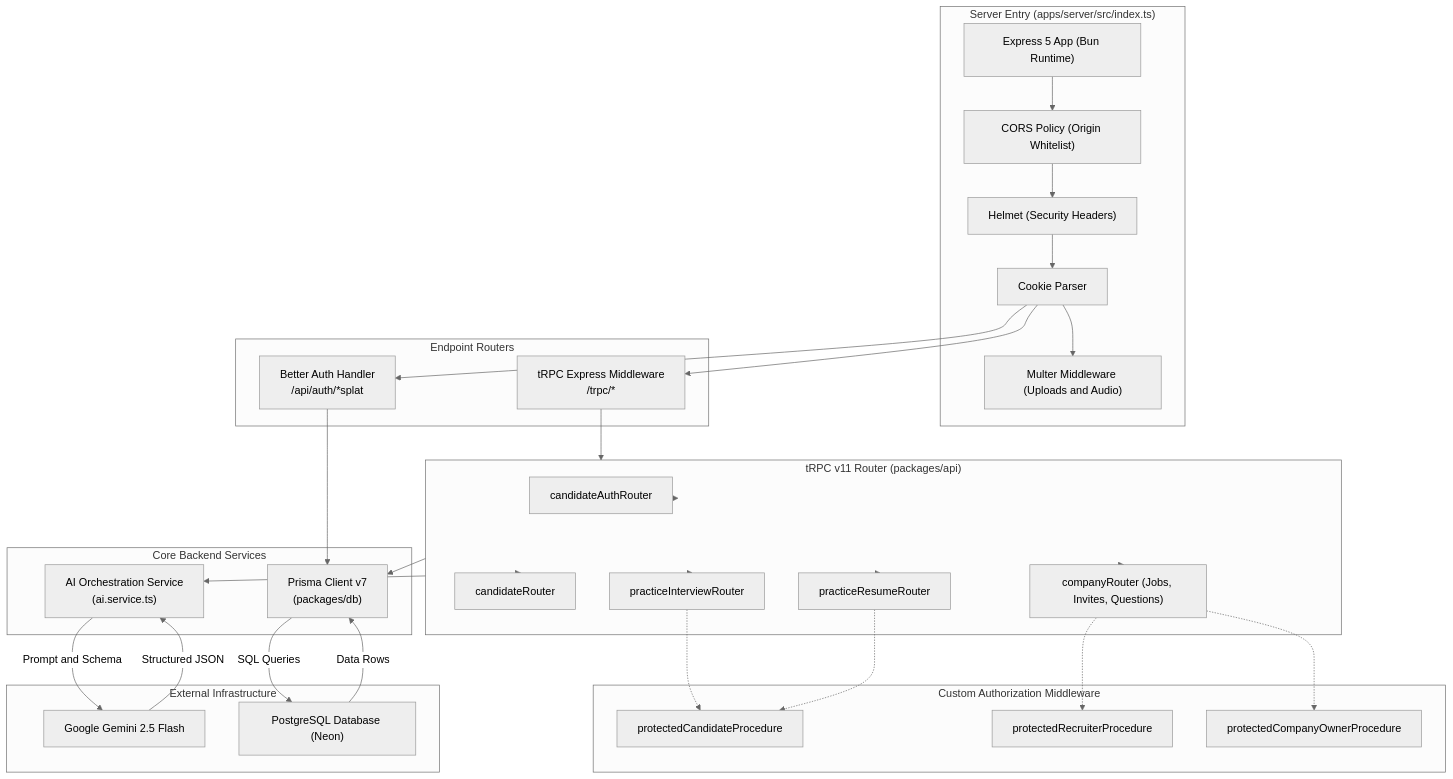
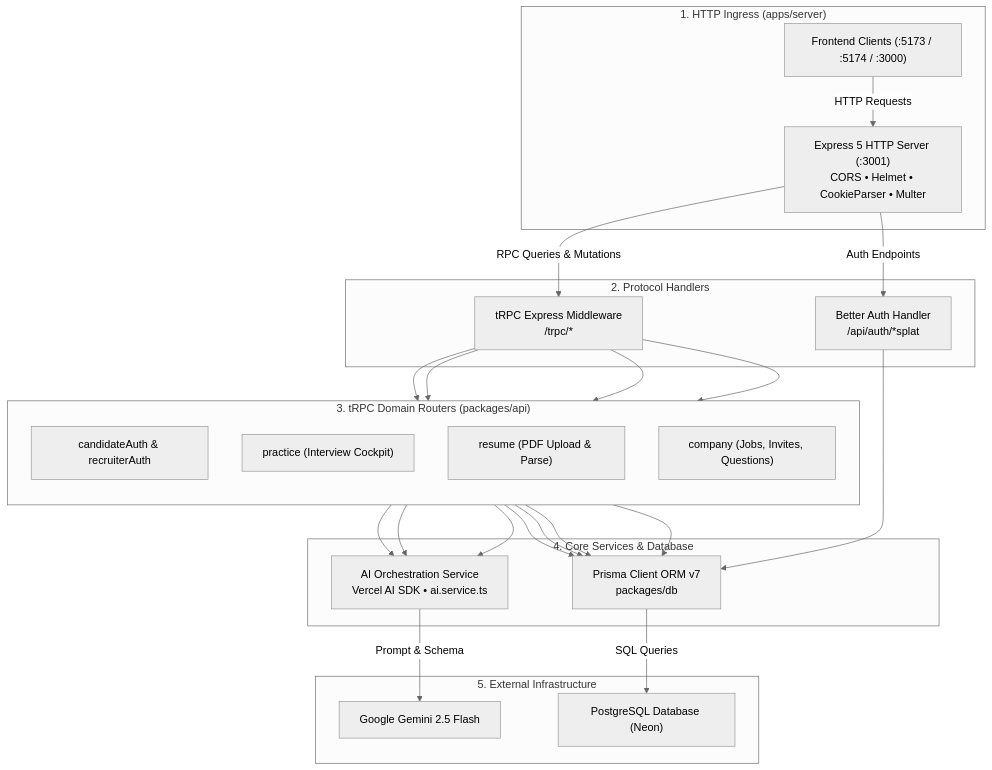
Before and after one commit to Suyog241005/interview.ai: the diagram in docs/backend-architecture.md, drawn with Mermaid (neutral theme). The commit also changed 2 other files, not shown here.

Commit message:
style(docs): optimize Mermaid diagram layouts and arrow flows for clean GitHub rendering

````diff
--- a/docs/backend-architecture.md
+++ b/docs/backend-architecture.md
@@ -11,67 +11,47 @@
 ```mermaid
 flowchart TD
-    subgraph Ingress["Server Entry (apps/server/src/index.ts)"]
-        EXPRESS["Express 5 App (Bun Runtime)"]
-        CORS["CORS Policy (Origin Whitelist)"]
-        HELMET["Helmet (Security Headers)"]
-        COOKIES["Cookie Parser"]
-        MULTER["Multer Middleware (Uploads and Audio)"]
+    subgraph S1["1. HTTP Ingress (apps/server)"]
+        CLIENTS["Frontend Clients (:5173 / :5174 / :3000)"]
+        EXPRESS["Express 5 HTTP Server (:3001)<br/>CORS • Helmet • CookieParser • Multer"]
+        CLIENTS -->|HTTP Requests| EXPRESS
     end
 
-    subgraph Handlers["Endpoint Routers"]
+    subgraph S2["2. Protocol Handlers"]
         AUTH_ROUTER["Better Auth Handler<br/>/api/auth/*splat"]
         TRPC_ROUTER["tRPC Express Middleware<br/>/trpc/*"]
+        EXPRESS -->|Auth Endpoints| AUTH_ROUTER
+        EXPRESS -->|RPC Queries & Mutations| TRPC_ROUTER
     end
 
-    subgraph TRPC_App["tRPC v11 Router (packages/api)"]
-        C_AUTH["candidateAuthRouter"]
-        C_ROUTER["candidateRouter"]
-        P_ROUTER["practiceInterviewRouter"]
-        R_ROUTER["practiceResumeRouter"]
-        COMP_ROUTER["companyRouter (Jobs, Invites, Questions)"]
+    subgraph S3["3. tRPC Domain Routers (packages/api)"]
+        direction TB
+        R_AUTH["candidateAuth & recruiterAuth"]
+        R_PRACTICE["practice (Interview Cockpit)"]
+        R_RESUME["resume (PDF Upload & Parse)"]
+        R_COMPANY["company (Jobs, Invites, Questions)"]
+        TRPC_ROUTER --> R_AUTH
+        TRPC_ROUTER --> R_PRACTICE
+        TRPC_ROUTER --> R_RESUME
+        TRPC_ROUTER --> R_COMPANY
     end
 
-    subgraph Middleware["Custom Authorization Middleware"]
-        M_CANDIDATE["protectedCandidateProcedure"]
-        M_RECRUITER["protectedRecruiterProcedure"]
-        M_OWNER["protectedCompanyOwnerProcedure"]
+    subgraph S4["4. Core Services & Database"]
+        AI_SVC["AI Orchestration Service<br/>Vercel AI SDK • ai.service.ts"]
+        DB_SVC["Prisma Client ORM v7<br/>packages/db"]
+        AUTH_ROUTER --> DB_SVC
+        R_PRACTICE --> AI_SVC
+        R_RESUME --> AI_SVC
+        R_COMPANY --> AI_SVC
+        R_AUTH --> DB_SVC
+        R_PRACTICE --> DB_SVC
+        R_RESUME --> DB_SVC
+        R_COMPANY --> DB_SVC
     end
 
-    subgraph Services["Core Backend Services"]
-        AI_SVC["AI Orchestration Service<br/>(ai.service.ts)"]
-        DB_SVC["Prisma Client v7<br/>(packages/db)"]
-    end
-
-    subgraph Cloud["External Infrastructure"]
+    subgraph S5["5. External Infrastructure"]
         GEMINI["Google Gemini 2.5 Flash"]
         POSTGRES["PostgreSQL Database (Neon)"]
+        AI_SVC -->|Prompt & Schema| GEMINI
+        DB_SVC -->|SQL Queries| POSTGRES
     end
-
-    EXPRESS --> CORS
-    CORS --> HELMET
-    HELMET --> COOKIES
-    COOKIES --> MULTER
-    COOKIES --> AUTH_ROUTER
-    COOKIES --> TRPC_ROUTER
-
-    TRPC_ROUTER --> TRPC_App
-    TRPC_App --> C_AUTH
-    TRPC_App --> C_ROUTER
-    TRPC_App --> P_ROUTER
-    TRPC_App --> R_ROUTER
-    TRPC_App --> COMP_ROUTER
-
-    P_ROUTER -.-> M_CANDIDATE
-    R_ROUTER -.-> M_CANDIDATE
-    COMP_ROUTER -.-> M_RECRUITER
-    COMP_ROUTER -.-> M_OWNER
-
-    TRPC_App --> AI_SVC
-    TRPC_App --> DB_SVC
-    AUTH_ROUTER --> DB_SVC
-
-    AI_SVC -->|Prompt and Schema| GEMINI
-    GEMINI -->|Structured JSON| AI_SVC
-    DB_SVC -->|SQL Queries| POSTGRES
-    POSTGRES -->|Data Rows| DB_SVC
 ```
````
